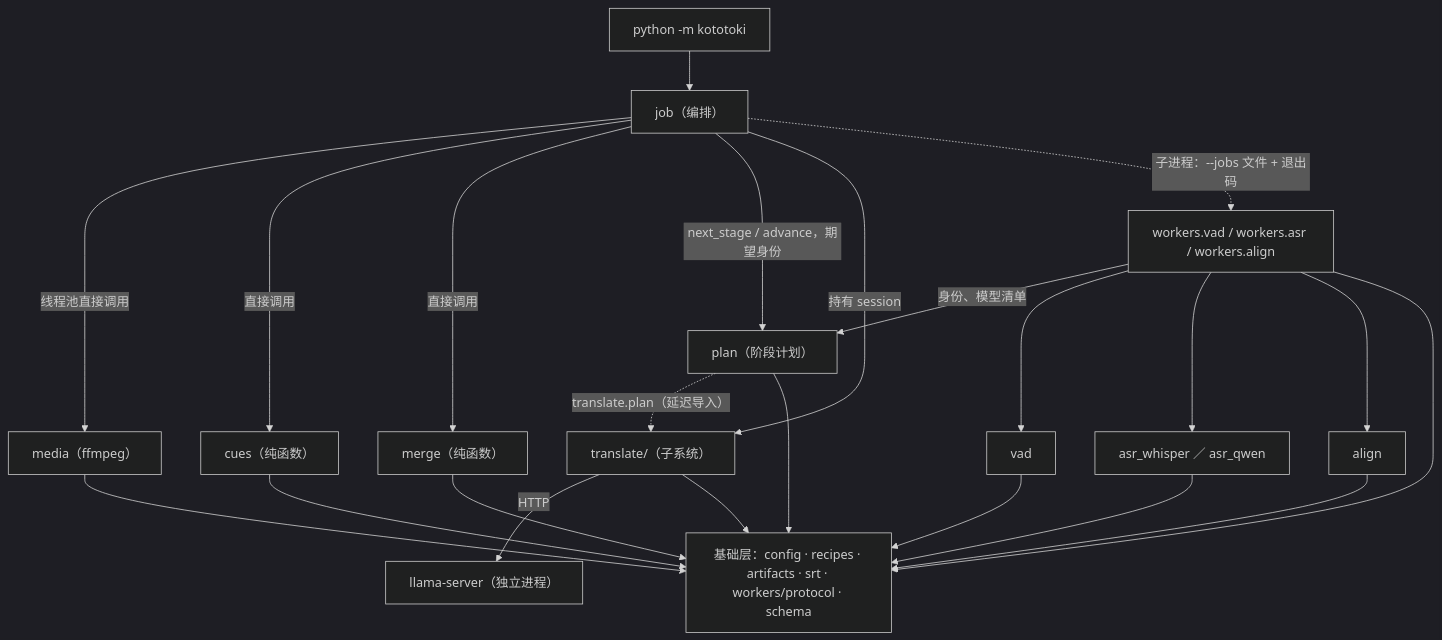
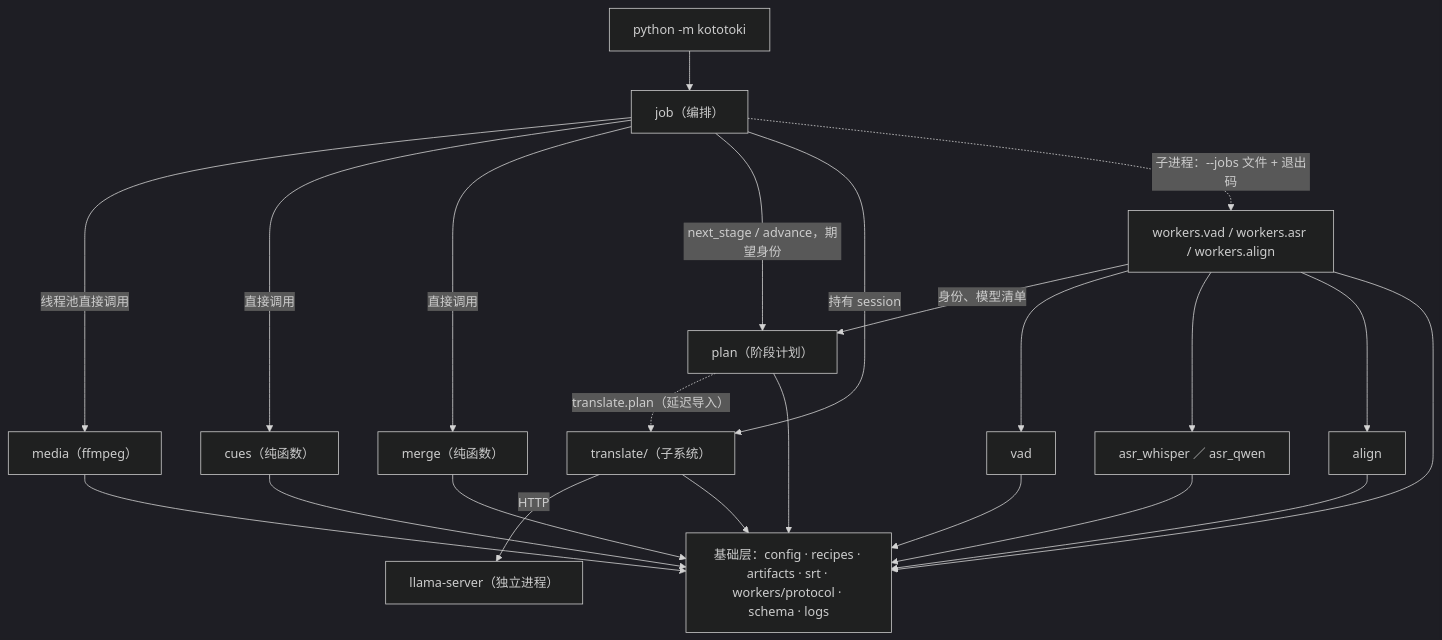
The second of 2 diagrams in docs/architecture/INDEX.md (watchzerg/kototoki), drawn with Mermaid (dark theme) before and after one commit. The commit also changed other lines of this file and 24 other files, not shown here.

````diff
--- a/docs/architecture/INDEX.md
+++ b/docs/architecture/INDEX.md
@@ -54,26 +54,26 @@
 ```mermaid
 flowchart TB
   MAIN["python -m kototoki"] --> JOB["job（编排）"]
   JOB -->|线程池直接调用| MEDIA["media（ffmpeg）"]
   JOB -->|直接调用| CUES["cues（纯函数）"]
   JOB -->|直接调用| MERGE["merge（纯函数）"]
   JOB -->|next_stage / advance，期望身份| PLAN["plan（阶段计划）"]
   JOB -->|持有 session| TR["translate/（子系统）"]
   JOB -.->|子进程：--jobs 文件 + 退出码| WK["workers.vad / workers.asr / workers.align"]
   WK -->|身份、模型清单| PLAN
   PLAN -.->|translate.plan（延迟导入）| TR
   WK --> VAD["vad"]
   WK --> ASR["asr_whisper ／ asr_qwen"]
   WK --> ALIGN["align"]
   TR -->|HTTP| LLAMA["llama-server（独立进程）"]
   MEDIA --> BASE
   CUES --> BASE
   MERGE --> BASE
   PLAN --> BASE
   TR --> BASE
   WK --> BASE
   VAD --> BASE
   ASR --> BASE
   ALIGN --> BASE
-  BASE["基础层：config · recipes · artifacts · srt · workers/protocol · schema"]
+  BASE["基础层：config · recipes · artifacts · srt · workers/protocol · schema · logs"]
 ```
````
